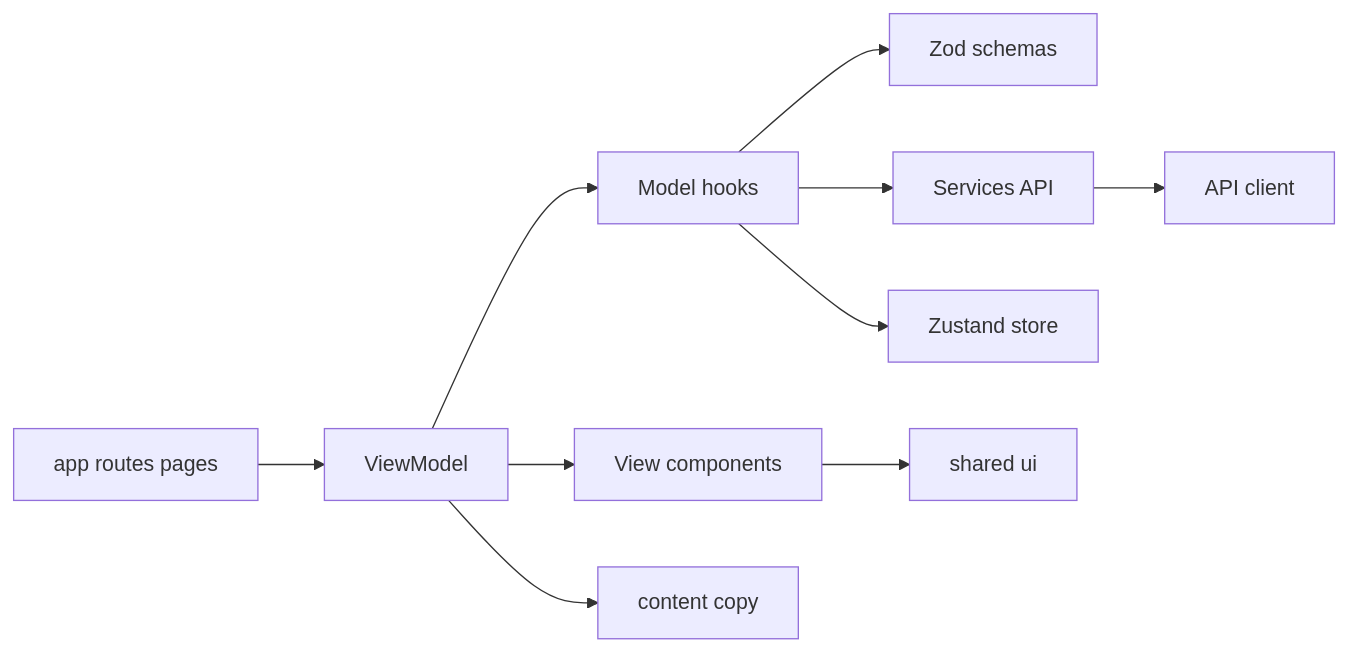
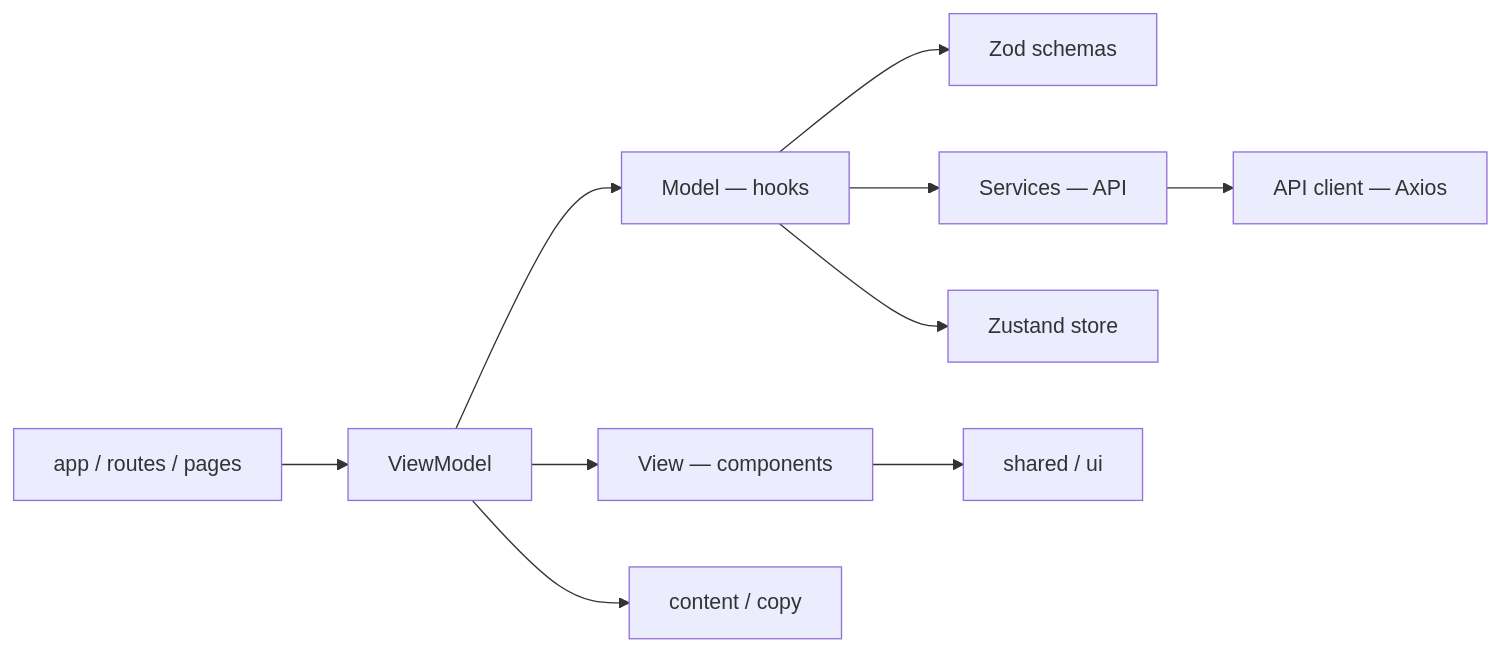
Before and after one commit to bythealice/planning_poker: the first of 6 diagrams in README.md, drawn with Mermaid. The commit also changed other lines of this file, not shown here.

````diff
--- a/README.md
+++ b/README.md
@@ -94,12 +82,12 @@
 ```mermaid
 flowchart LR
-  APP[app routes pages] --> VM[ViewModel]
-  VM --> VIEW[View components]
-  VM --> MODEL[Model hooks]
+  APP[app / routes / pages] --> VM[ViewModel]
+  VM --> VIEW[View — components]
+  VM --> MODEL[Model — hooks]
   MODEL --> SCHEMA[Zod schemas]
-  MODEL --> SERVICES[Services API]
+  MODEL --> SERVICES[Services — API]
   MODEL --> STORE[Zustand store]
-  SERVICES --> CLIENT[API client]
-  VIEW --> UI[shared ui]
-  VM --> COPY[content copy]
+  SERVICES --> CLIENT[API client — Axios]
+  VIEW --> UI[shared / ui]
+  VM --> COPY[content / copy]
 ```
````
